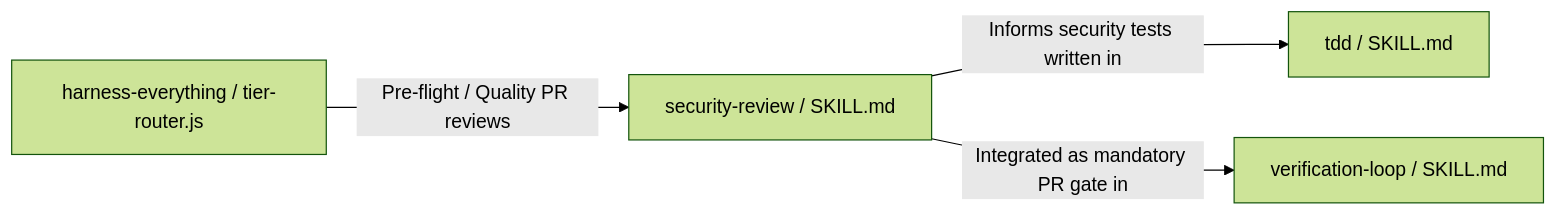
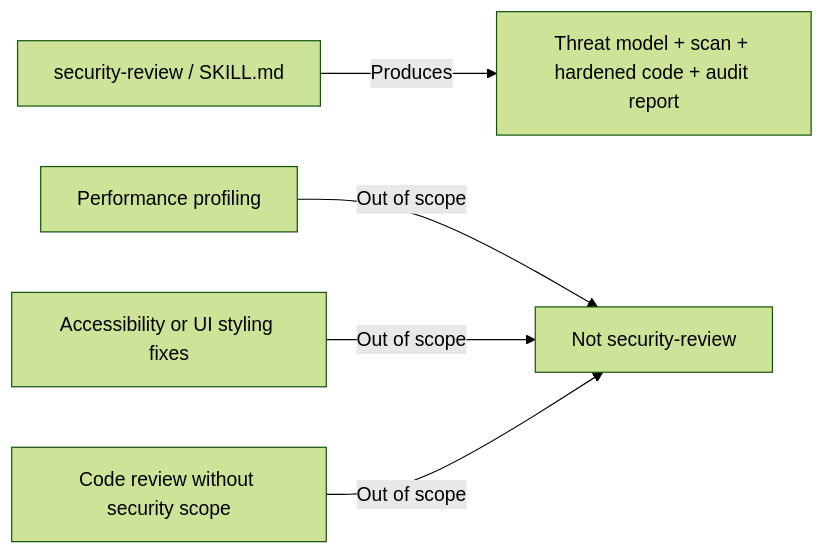
One commit to dyphn1/Harness-everything changed the fourth of 4 diagrams in docs/workflows/security-review.md. Above: the diagram before and after it, drawn with Mermaid (forest theme). The commit also changed other lines of this file and 16 other files, not shown here.

````diff
--- a/docs/workflows/security-review.md
+++ b/docs/workflows/security-review.md
@@ -47,6 +37,7 @@
 ```mermaid
 graph LR
-  Router["harness-everything / tier-router.js"] -->|Pre-flight / Quality PR reviews| SecReview["security-review / SKILL.md"]
-  SecReview -->|Informs security tests written in| TDD["tdd / SKILL.md"]
-  SecReview -->|Integrated as mandatory PR gate in| VerLoop["verification-loop / SKILL.md"]
+  SecSkill2["security-review / SKILL.md"] -->|Produces| ThreatOut["Threat model + scan + hardened code + audit report"]
+  PerfReq["Performance profiling"] -->|Out of scope| NotSec["Not security-review"]
+  A11yReq["Accessibility or UI styling fixes"] -->|Out of scope| NotSec
+  PlainReview["Code review without security scope"] -->|Out of scope| NotSec
 ```
````
